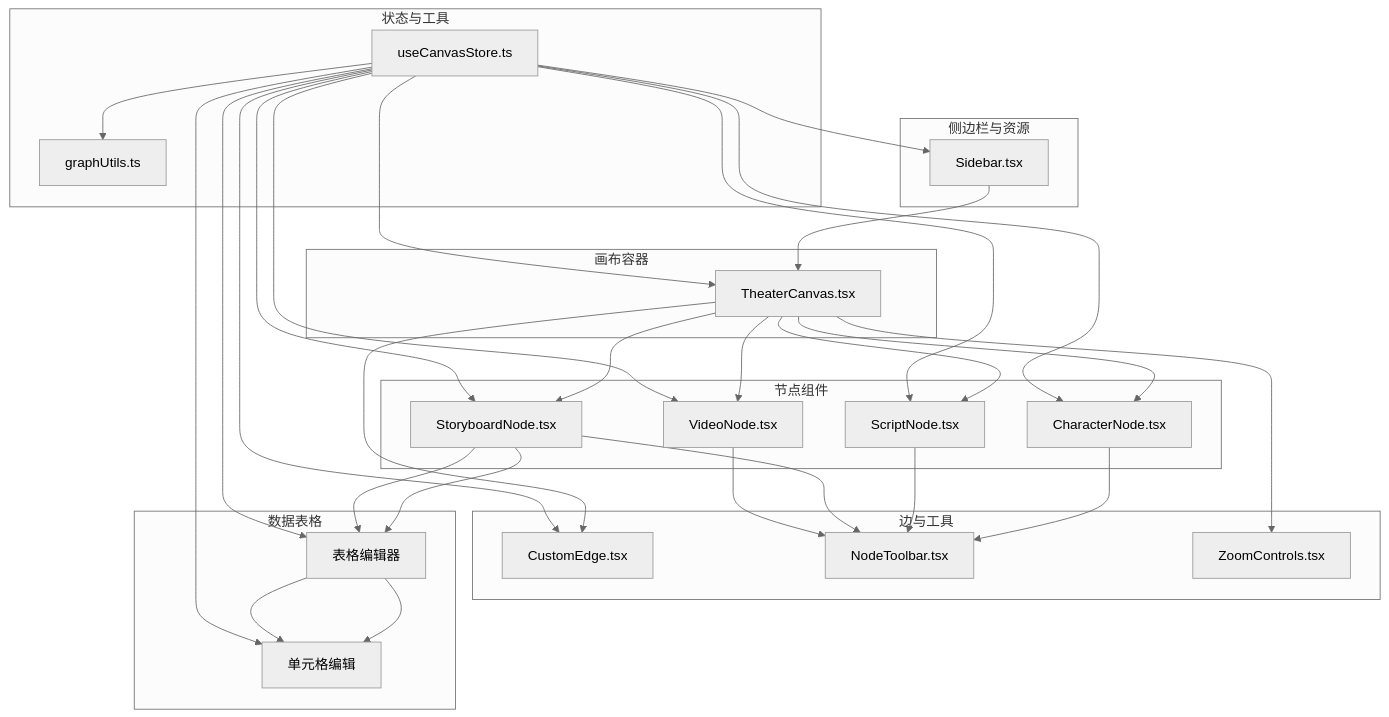
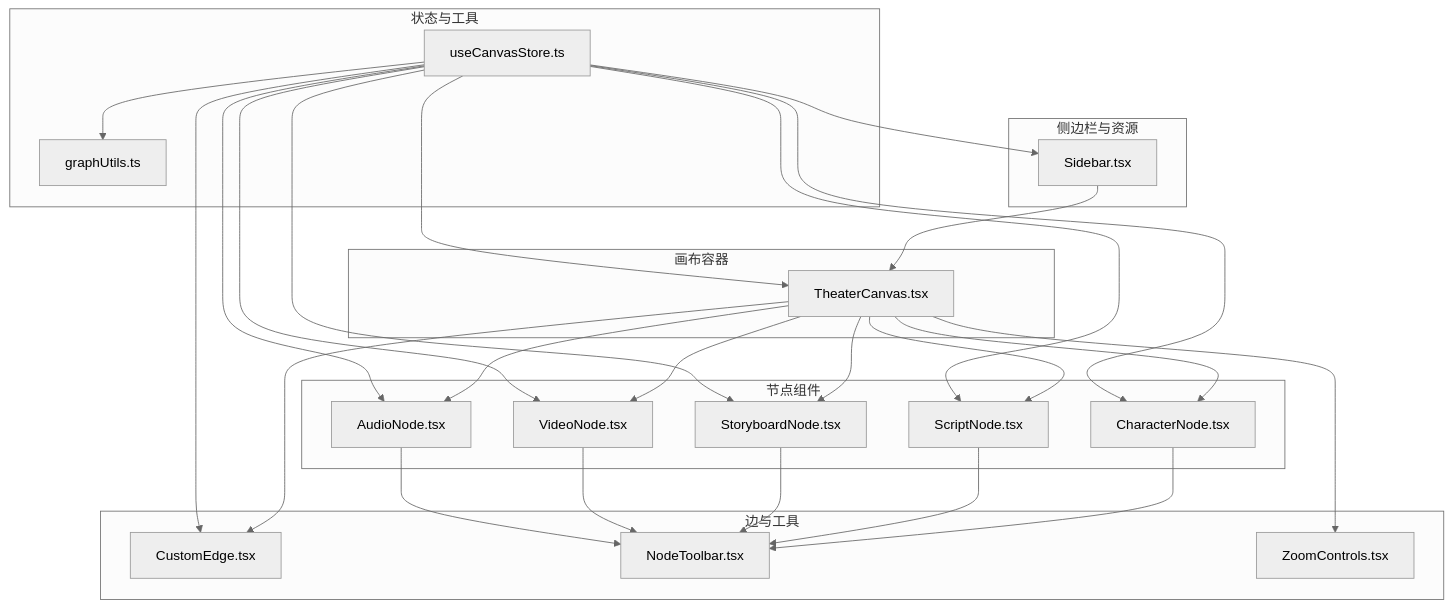
One commit to KunLabAI/KunFlix changed the first of 6 diagrams in .qoder/repowiki/zh/content/前端组件系统/画布编辑器/画布编辑器.md. Above: the diagram before and after it, drawn with Mermaid (neutral theme). The commit also changed other lines of this file and 37 other files, not shown here.

````diff
--- a/.qoder/repowiki/zh/content/前端组件系统/画布编辑器/画布编辑器.md
+++ b/.qoder/repowiki/zh/content/前端组件系统/画布编辑器/画布编辑器.md
@@ -57,51 +55,47 @@
 ```mermaid
 graph TB
 subgraph "画布容器"
 TC["TheaterCanvas.tsx"]
 end
 subgraph "节点组件"
 CN["CharacterNode.tsx"]
 SN["ScriptNode.tsx"]
 SB["StoryboardNode.tsx"]
 VN["VideoNode.tsx"]
+AN["AudioNode.tsx"]
 end
 subgraph "边与工具"
 CE["CustomEdge.tsx"]
 NT["NodeToolbar.tsx"]
 ZC["ZoomControls.tsx"]
 end
 subgraph "侧边栏与资源"
 SBAR["Sidebar.tsx"]
 end
 subgraph "状态与工具"
 CS["useCanvasStore.ts"]
 GU["graphUtils.ts"]
 end
-subgraph "数据表格"
-SB --> SBTABLE["表格编辑器"]
-SBTABLE --> CELL["单元格编辑"]
-end
 TC --> CN
 TC --> SN
 TC --> SB
 TC --> VN
+TC --> AN
 TC --> CE
 TC --> ZC
 SBAR --> TC
 CN --> NT
 SN --> NT
 SB --> NT
 VN --> NT
-SB --> SBTABLE
-SBTABLE --> CELL
+AN --> NT
 CS --> TC
 CS --> CN
 CS --> SN
 CS --> SB
 CS --> VN
+CS --> AN
 CS --> CE
 CS --> SBAR
-CS --> SBTABLE
-CS --> CELL
 CS --> GU
 ```
````
